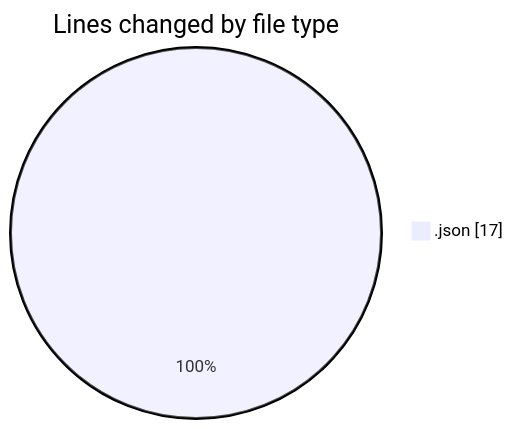
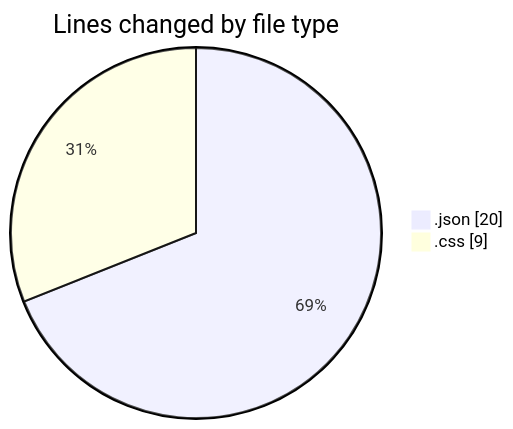
Before and after one commit to BS-eng2023/code-tracking: the first of 2 diagrams in 2025-03-18/javascript/README.md, drawn with Mermaid. The commit also changed other lines of this file and 1 other file, not shown here.

````diff
--- a/2025-03-18/javascript/README.md
+++ b/2025-03-18/javascript/README.md
@@ -20,5 +21,6 @@
 ```mermaid
 pie showData
 title Lines changed by file type
-".json" : 17
+".json" : 20
+".css" : 9
 ```
````
